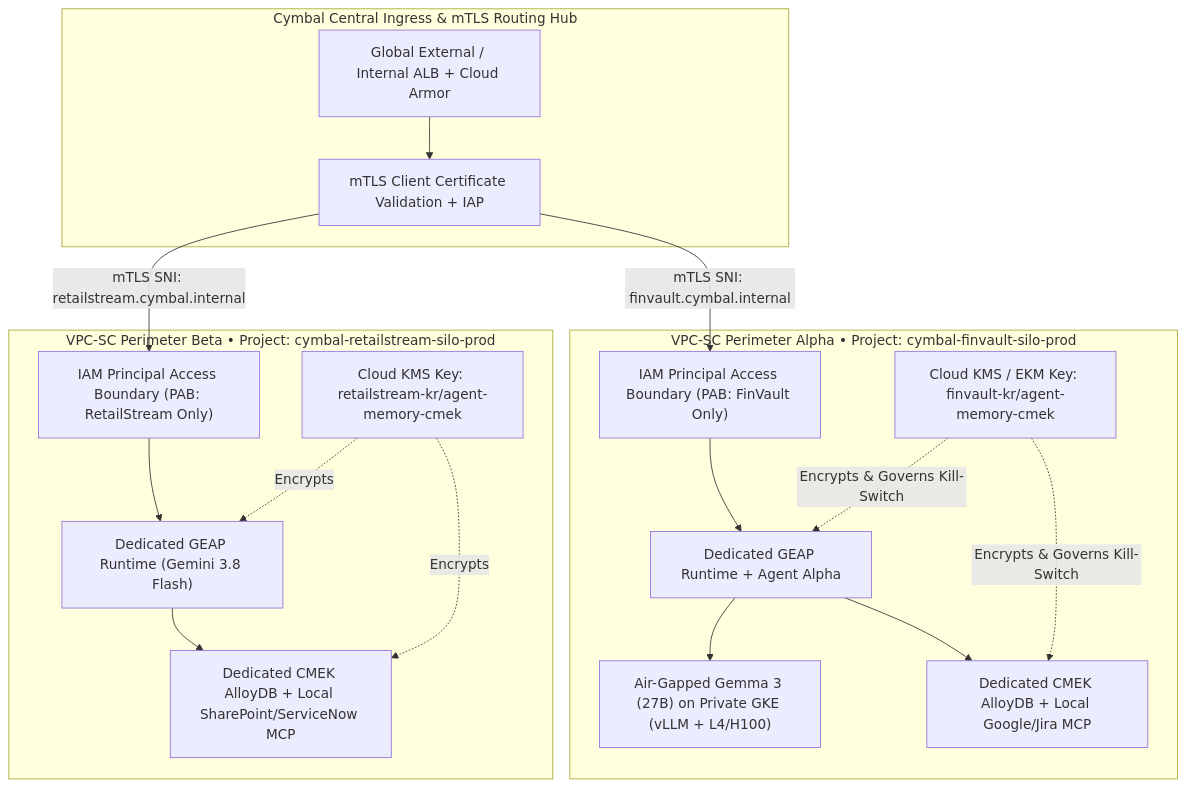
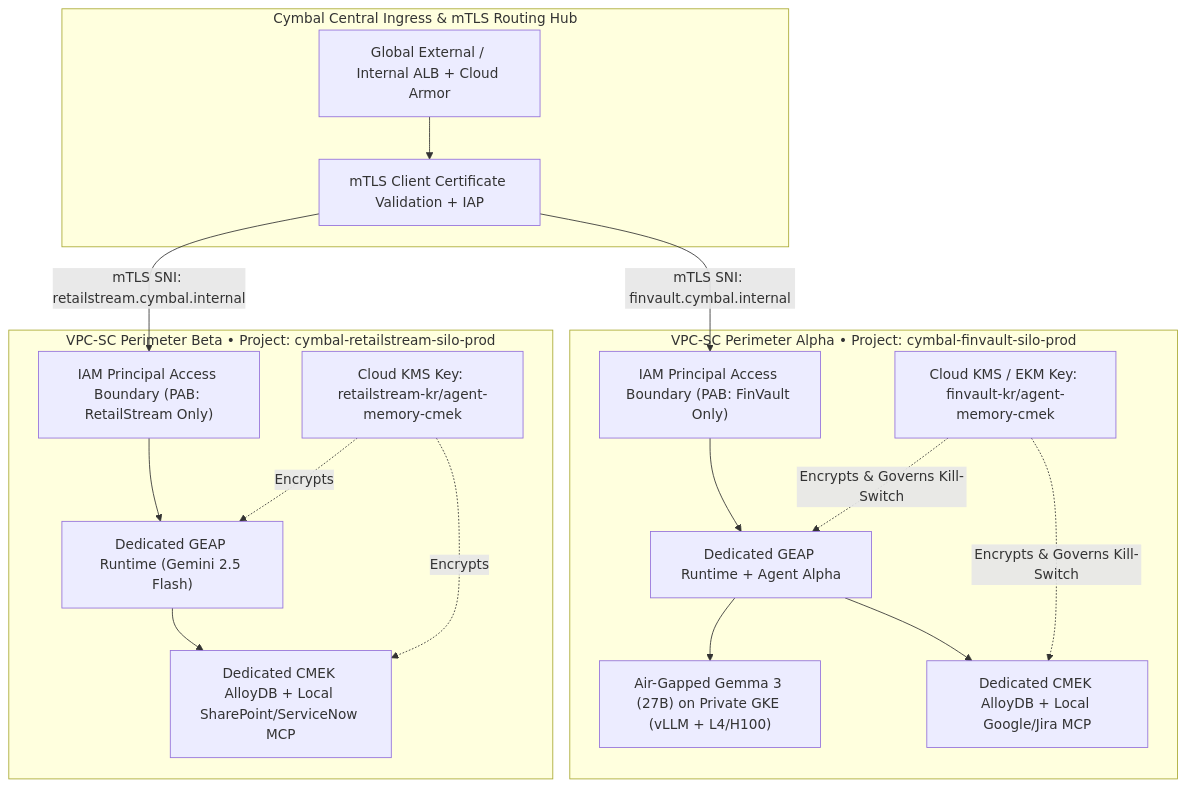
One commit to nitinaggarwal-12/blogs changed the diagram in workstream-3-pattern-b-siloed/3.1-case-study-and-solution-architecture.md. Above: the diagram before and after it, drawn with Mermaid. The commit also changed other lines of this file and 254 other files, not shown here.

````diff
--- a/workstream-3-pattern-b-siloed/3.1-case-study-and-solution-architecture.md
+++ b/workstream-3-pattern-b-siloed/3.1-case-study-and-solution-architecture.md
@@ -26,31 +26,31 @@
 ```mermaid
 flowchart TB
     subgraph RoutingHub["Cymbal Central Ingress & mTLS Routing Hub"]
         ALB["Global External / Internal ALB + Cloud Armor"]
         mTLS["mTLS Client Certificate Validation + IAP"]
     end
 
     subgraph FinVaultSilo["VPC-SC Perimeter Alpha • Project: cymbal-finvault-silo-prod"]
         PAB_FV["IAM Principal Access Boundary (PAB: FinVault Only)"]
         CMEK_FV["Cloud KMS / EKM Key: finvault-kr/agent-memory-cmek"]
         GEAP_FV["Dedicated GEAP Runtime + Agent Alpha"]
         GKE_Gemma["Air-Gapped Gemma 3 (27B) on Private GKE (vLLM + L4/H100)"]
         Data_FV["Dedicated CMEK AlloyDB + Local Google/Jira MCP"]
     end
 
     subgraph RetailStreamSilo["VPC-SC Perimeter Beta • Project: cymbal-retailstream-silo-prod"]
         PAB_RS["IAM Principal Access Boundary (PAB: RetailStream Only)"]
         CMEK_RS["Cloud KMS Key: retailstream-kr/agent-memory-cmek"]
-        GEAP_RS["Dedicated GEAP Runtime (Gemini 3.8 Flash)"]
+        GEAP_RS["Dedicated GEAP Runtime (Gemini 2.5 Flash)"]
         Data_RS["Dedicated CMEK AlloyDB + Local SharePoint/ServiceNow MCP"]
     end
 
     ALB --> mTLS
     mTLS -->|mTLS SNI: finvault.cymbal.internal| PAB_FV
     mTLS -->|mTLS SNI: retailstream.cymbal.internal| PAB_RS
     PAB_FV --> GEAP_FV
     GEAP_FV --> GKE_Gemma & Data_FV
     CMEK_FV -.->|Encrypts & Governs Kill-Switch| GEAP_FV & Data_FV
     PAB_RS --> GEAP_RS --> Data_RS
     CMEK_RS -.->|Encrypts| GEAP_RS & Data_RS
 ```
````
